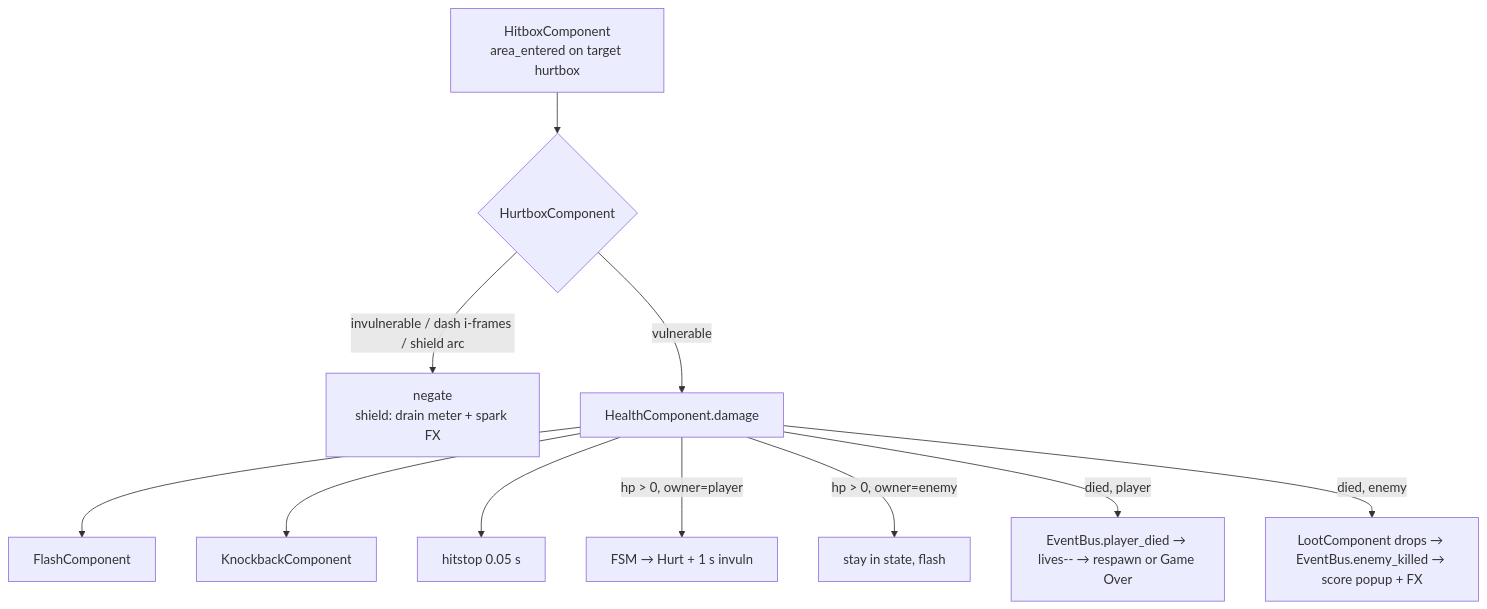
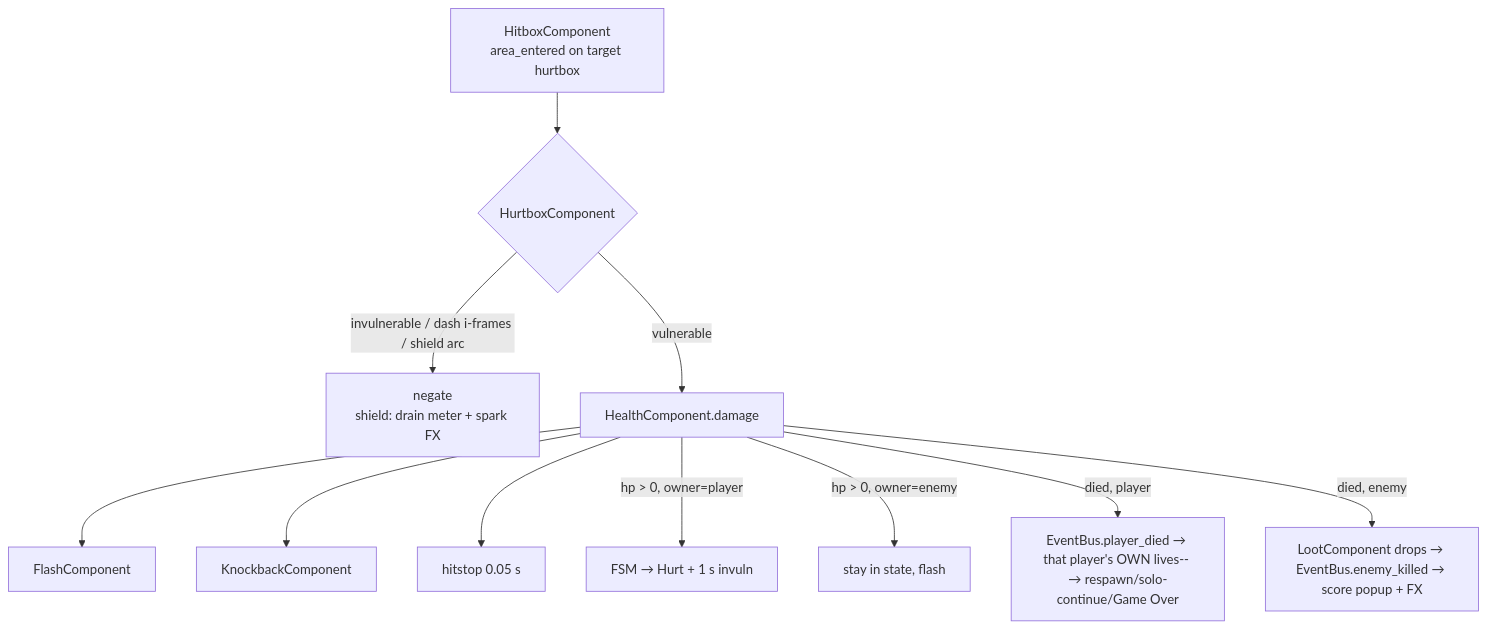
Before and after one commit to Flam-John/Credia-Guardians: the third of 5 diagrams in docs/DATA_FLOW.md, drawn with Mermaid. The commit also changed other lines of this file and 7 other files, not shown here.

First line of the commit message:
fix: review findings - per-player lives concurrency + camera regression

````diff
--- a/docs/DATA_FLOW.md
+++ b/docs/DATA_FLOW.md
@@ -29,11 +29,11 @@
 ```mermaid
 flowchart TD
     HB[HitboxComponent<br/>area_entered on target hurtbox] --> HUR{HurtboxComponent}
     HUR -->|invulnerable / dash i-frames / shield arc| NOPE[negate<br/>shield: drain meter + spark FX]
     HUR -->|vulnerable| HP[HealthComponent.damage]
     HP --> FLASH[FlashComponent] & KB[KnockbackComponent] & HS[hitstop 0.05 s]
     HP -->|hp > 0, owner=player| HURT[FSM → Hurt + 1 s invuln]
     HP -->|hp > 0, owner=enemy| EFLASH[stay in state, flash]
-    HP -->|died, player| PD[EventBus.player_died → lives-- → respawn or Game Over]
+    HP -->|died, player| PD[EventBus.player_died → that player's OWN lives-- → respawn/solo-continue/Game Over]
     HP -->|died, enemy| ED[LootComponent drops → EventBus.enemy_killed → score popup + FX]
 ```
````
